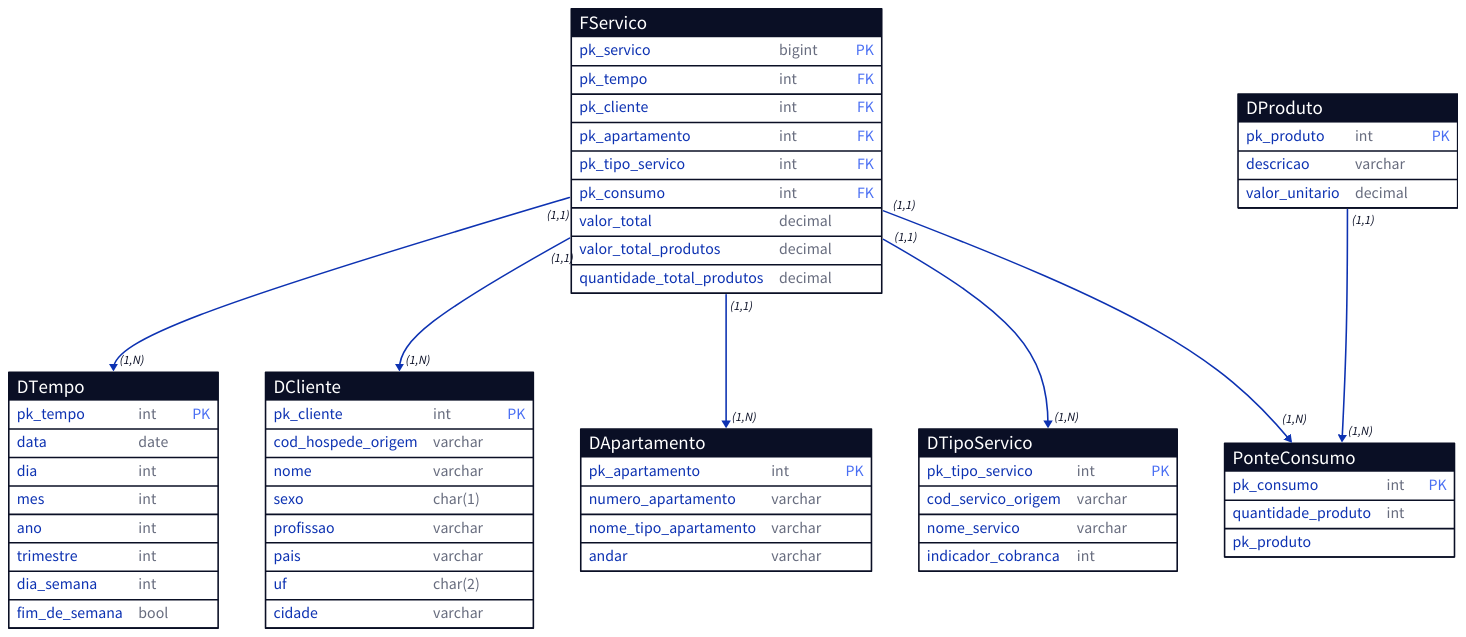
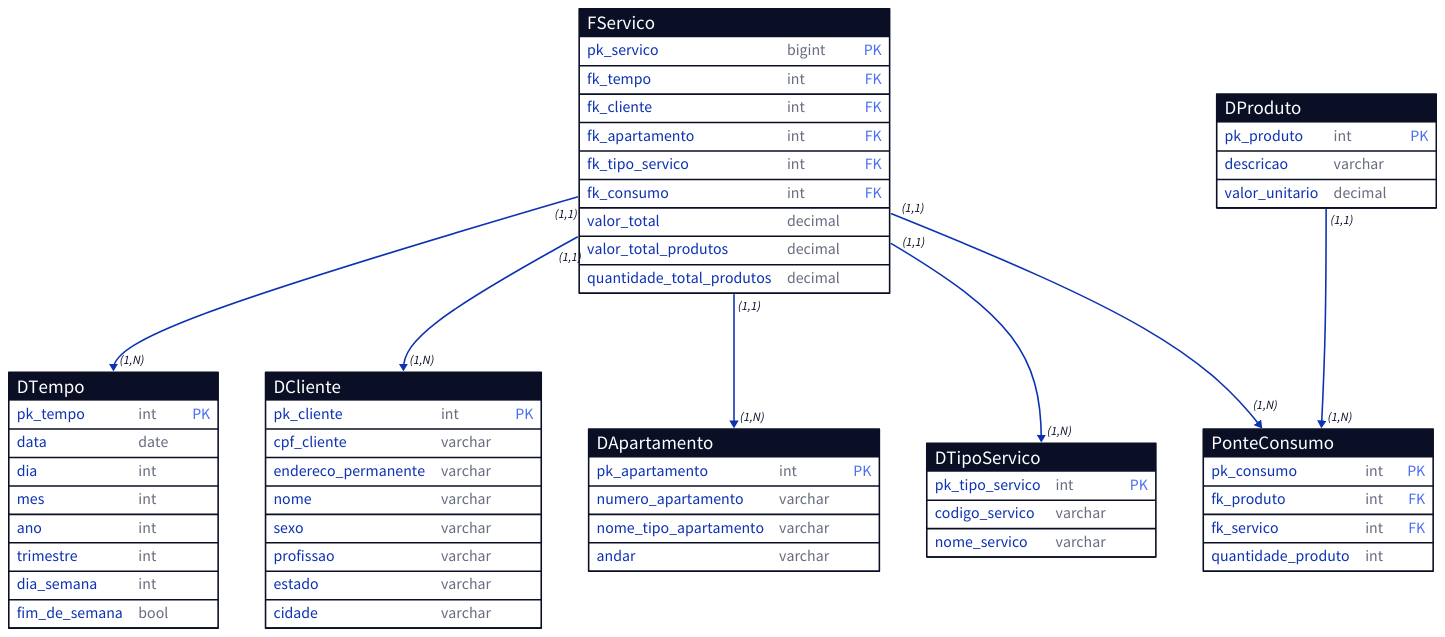
One commit to saitoi/projeto-final-dw changed the diagram in trab-hoje/model.d2. Above: the diagram before and after it, drawn with D2. The commit also changed 2 other files, not shown here.

```diff
--- a/trab-hoje/model.d2
+++ b/trab-hoje/model.d2
@@ -1,112 +1,110 @@
 vars: {
   d2-config: {
     layout-engine: dagre
     theme-id: 0
   }
 }
 
 DTempo: {
   shape: sql_table
   pk_tempo: int {constraint: primary_key}
   data: date
   dia: int
   mes: int
   ano: int
   trimestre: int
   dia_semana: int
   fim_de_semana: bool
 }
 
 DCliente: {
   shape: sql_table
   pk_cliente: int {constraint: primary_key}
-  cod_hospede_origem: varchar
+  cpf_cliente: varchar
+  # cod_hospede_origem: varchar
+  endereco_permanente: varchar
   nome: varchar
-  sexo: char(1)
+  sexo: varchar
   profissao: varchar
-  pais: varchar
-  uf: char(2)
+  estado: varchar
   cidade: varchar
 }
-
-# Atributos a serem reavaliados:
-#       Tipo da cama é relevante?
-#       Cama de casal é importante?
 
 DApartamento: {
   shape: sql_table
   pk_apartamento: int {constraint: primary_key}
   # cod_apartamento_origem: varchar
   numero_apartamento: varchar
   nome_tipo_apartamento: varchar
   andar: varchar
   # bloco: varchar(10)
 }
 
 # Comentei alguns atributos
 
 DTipoServico: {
   shape: sql_table
   pk_tipo_servico: int {constraint: primary_key}
-  cod_servico_origem: varchar
+  codigo_servico: varchar
   nome_servico: varchar
-  indicador_cobranca: int # ?
   # categoria_servico: varchar
   # unidade: varchar
   # ativo: char
 }
 
 FServico: {
   shape: sql_table
   pk_servico: bigint {constraint: primary_key}
-  pk_tempo: int {constraint: foreign_key}
-  pk_cliente: int {constraint: foreign_key}
-  pk_apartamento: int {constraint: foreign_key}
-  pk_tipo_servico: int {constraint: foreign_key}
-  pk_consumo: int {constraint: foreign_key}
+  fk_tempo: int {constraint: foreign_key}
+  fk_cliente: int {constraint: foreign_key}
+  fk_apartamento: int {constraint: foreign_key}
+  fk_tipo_servico: int {constraint: foreign_key}
+  fk_consumo: int {constraint: foreign_key}
   valor_total: decimal
   valor_total_produtos: decimal
   quantidade_total_produtos: decimal
   # valor_liquido: decimal
   # nro_comanda: varchar
   # nro_hospedagem: varchar(30)
 }
 
 PonteConsumo: {
   shape: sql_table
   pk_consumo: int {constraint: primary_key}
+  fk_produto: int {constraint: foreign_key}
+  fk_servico: int {constraint: foreign_key}
   quantidade_produto: int
 }
 
 DProduto: {
   shape: sql_table
   pk_produto: int {constraint: primary_key}
   descricao: varchar
   valor_unitario: decimal
 }
 
 
-FServico.pk_tempo -> DTempo.pk_tempo: {
+FServico.fk_tempo -> DTempo.pk_tempo: {
     source-arrowhead.label: (1,1)
     target-arrowhead.label: (1,N)
 }
-FServico.pk_cliente -> DCliente.pk_cliente: {
+FServico.fk_cliente -> DCliente.pk_cliente: {
     source-arrowhead.label: (1,1)
     target-arrowhead.label: (1,N)
 }
-FServico.pk_apartamento -> DApartamento.pk_apartamento: {
+FServico.fk_apartamento -> DApartamento.pk_apartamento: {
     source-arrowhead.label: (1,1)
     target-arrowhead.label: (1,N)
 }
-FServico.pk_tipo_servico -> DTipoServico.pk_tipo_servico: {
+FServico.fk_tipo_servico -> DTipoServico.pk_tipo_servico: {
     source-arrowhead.label: (1,1)
     target-arrowhead.label: (1,N)
 }
-FServico.pk_consumo -> PonteConsumo.pk_consumo: {
+FServico.pk_servico -> PonteConsumo.fk_servico: {
     source-arrowhead.label: (1,1)
     target-arrowhead.label: (1,N)
 }
-DProduto.pk_produto -> PonteConsumo.pk_produto: {
+DProduto.pk_produto -> PonteConsumo.fk_produto: {
     source-arrowhead.label: (1,1)
     target-arrowhead.label: (1,N)
 }
```
